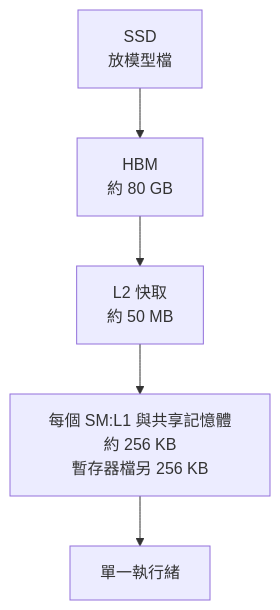
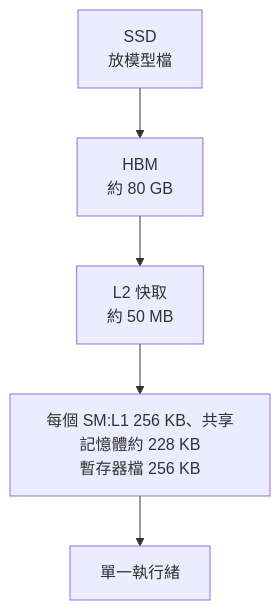
One commit to shooter2062424/Knowledge changed the third of 3 diagrams in knowledge/technology/ai-industry/nvidia-moat-memory-bandwidth-cuda-software.md. Above: the diagram before and after it, drawn with Mermaid. The commit also changed other lines of this file and 53 other files, not shown here.

First line of the commit message:
[feat] 影片筆記深度校正:Haiku 批次審閱 47 篇(畫面截圖核對、一手資料延伸增補)+ 新增 MCP/Skill/本地 Tools 筆記 + transcript_tools 與校正流程寫入 CLAUDE.md

````diff
--- a/knowledge/technology/ai-industry/nvidia-moat-memory-bandwidth-cuda-software.md
+++ b/knowledge/technology/ai-industry/nvidia-moat-memory-bandwidth-cuda-software.md
@@ -217,7 +217,7 @@
 ```mermaid
 flowchart TD
     A["SSD<br/>放模型檔"] --> B["HBM<br/>約 80 GB"]
     B --> C["L2 快取<br/>約 50 MB"]
-    C --> D["每個 SM:L1 與共享記憶體約 256 KB<br/>暫存器檔另 256 KB"]
+    C --> D["每個 SM:L1 256 KB、共享記憶體約 228 KB<br/>暫存器檔 256 KB"]
     D --> E["單一執行緒"]
 ```
````
